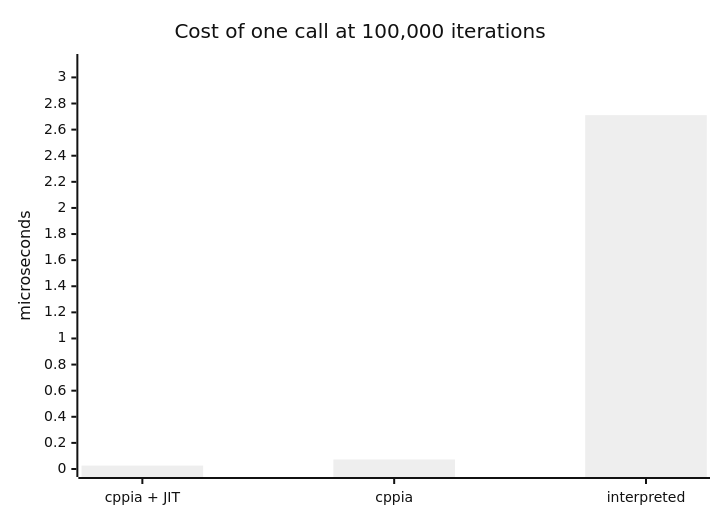
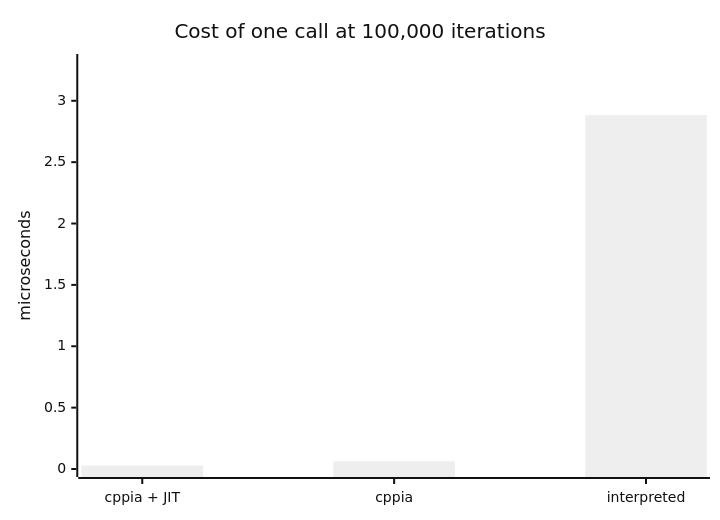
Before and after one commit to MeguminBOT/hxscript: the second of 2 diagrams in docs/mode-benchmarks.md, drawn with Mermaid (neutral theme). The commit also changed other lines of this file and 4 other files, not shown here.

````diff
--- a/docs/mode-benchmarks.md
+++ b/docs/mode-benchmarks.md
@@ -187,7 +197,7 @@
 ```mermaid
 xychart-beta
     title "Cost of one call at 100,000 iterations"
     x-axis ["cppia + JIT", "cppia", "interpreted"]
-    y-axis "microseconds" 0 --> 3.118
-    bar [0.026, 0.073, 2.711]
+    y-axis "microseconds" 0 --> 3.316
+    bar [0.028, 0.063, 2.883]
 ```
````
